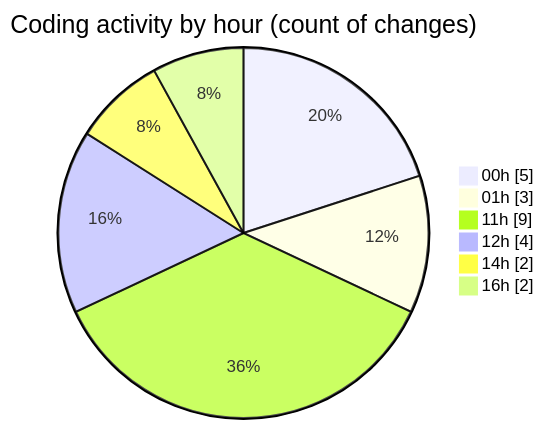
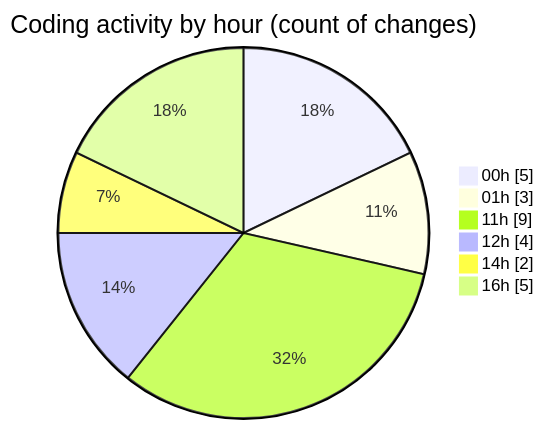
One commit to julien-gomy/code-tracking changed the second of 2 diagrams in 2025-11-16/cdp_aleoudev_fr__workspace_/README.md. Above: the diagram before and after it, drawn with Mermaid. The commit also changed other lines of this file and 1 other file, not shown here.

````diff
--- a/2025-11-16/cdp_aleoudev_fr__workspace_/README.md
+++ b/2025-11-16/cdp_aleoudev_fr__workspace_/README.md
@@ -38,10 +38,10 @@
 ```mermaid
 pie showData
 title Coding activity by hour (count of changes)
 "00h" : 5
 "01h" : 3
 "11h" : 9
 "12h" : 4
 "14h" : 2
-"16h" : 2
+"16h" : 5
 ```
````
